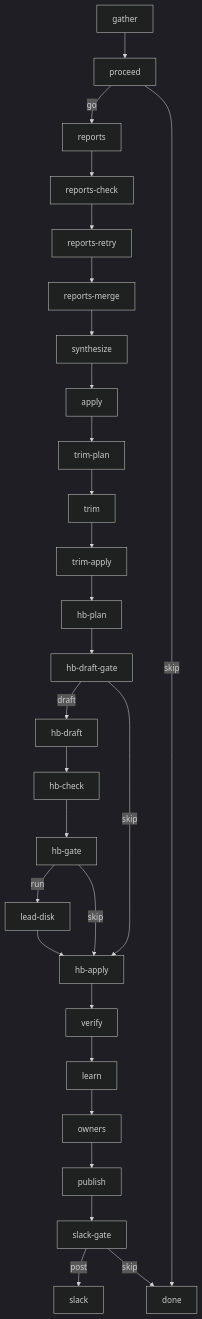
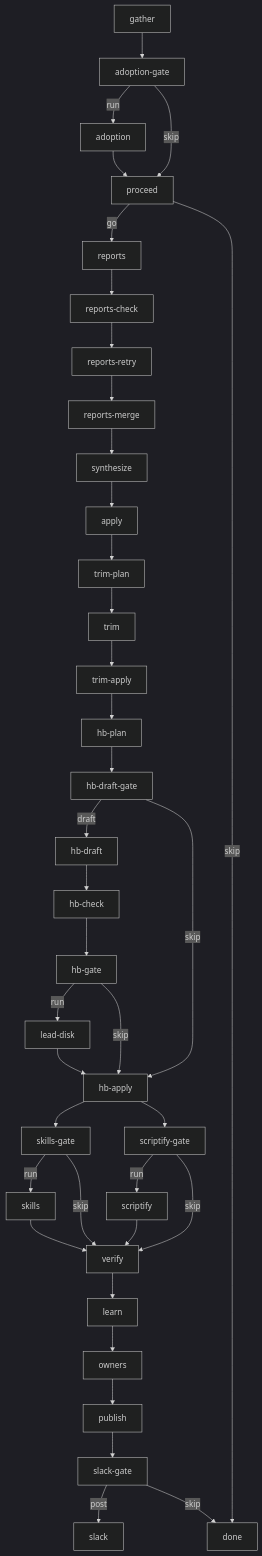
One commit to MichielMAnalytics/agent-swarm changed the diagram in docs-site/content/docs/(documentation)/guides/dreaming.mdx. Above: the diagram before and after it, drawn with Mermaid (dark theme). The commit also changed other lines of this file and 3 other files, not shown here.

First line of the commit message:
feat(dreaming): restore the skillify and scriptify lanes behind the gate

````diff
--- a/docs-site/content/docs/(documentation)/guides/dreaming.mdx
+++ b/docs-site/content/docs/(documentation)/guides/dreaming.mdx
@@ -25,15 +25,22 @@
 ```mermaid
 flowchart TD
-  gather --> proceed
+  gather --> adoption-gate
+  adoption-gate -- run --> adoption --> proceed
+  adoption-gate -- skip --> proceed
   proceed -- go --> reports
   proceed -- skip --> done
   reports --> reports-check --> reports-retry --> reports-merge --> synthesize --> apply
   apply --> trim-plan --> trim --> trim-apply --> hb-plan --> hb-draft-gate
   hb-draft-gate -- draft --> hb-draft --> hb-check --> hb-gate
   hb-draft-gate -- skip --> hb-apply
   hb-gate -- run --> lead-disk --> hb-apply
   hb-gate -- skip --> hb-apply
-  hb-apply --> verify --> learn --> owners --> publish --> slack-gate
+  hb-apply --> skills-gate & scriptify-gate
+  skills-gate -- run --> skills --> verify
+  skills-gate -- skip --> verify
+  scriptify-gate -- run --> scriptify --> verify
+  scriptify-gate -- skip --> verify
+  verify --> learn --> owners --> publish --> slack-gate
   slack-gate -- post --> slack
   slack-gate -- skip --> done
 ```
````
